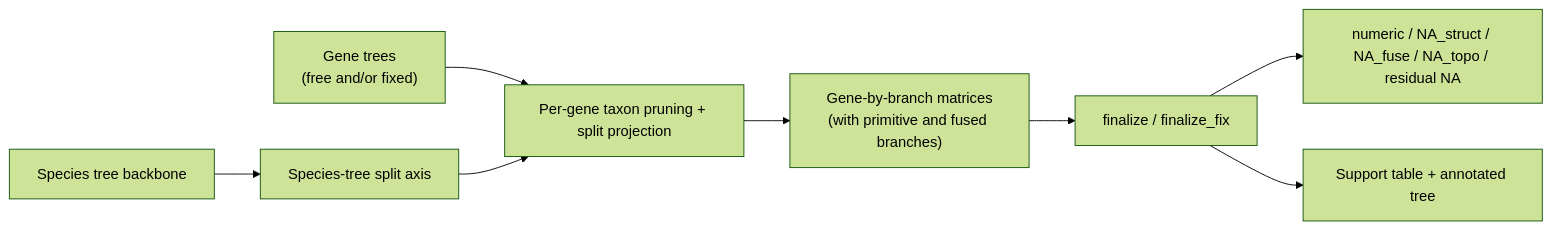
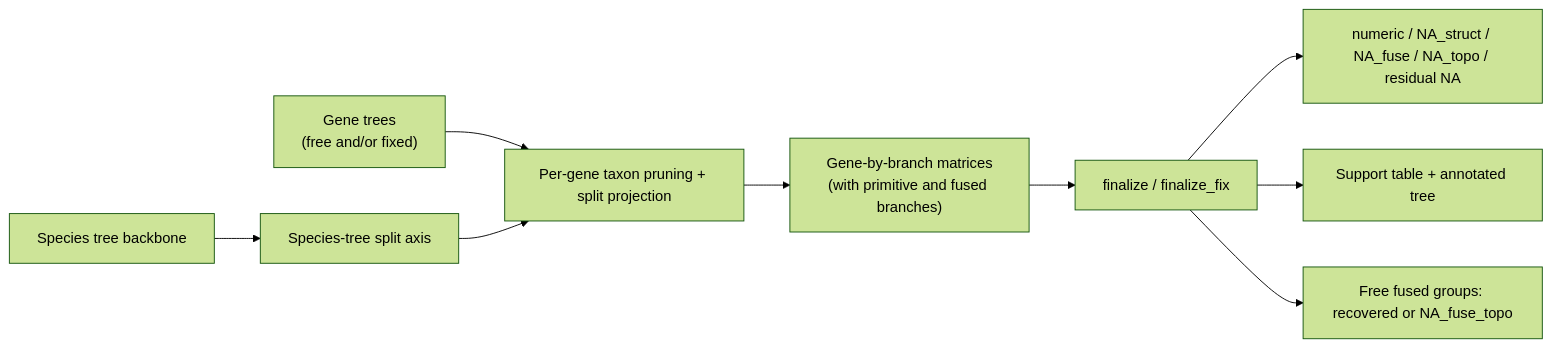
One commit to wujiaqi06/SplitAligner changed the diagram in README.md. Above: the diagram before and after it, drawn with Mermaid (forest theme). The commit also changed other lines of this file and 3 other files, not shown here.

````diff
--- a/README.md
+++ b/README.md
@@ -148,10 +161,11 @@
 ```mermaid
 flowchart LR
     A["Species tree backbone"] --> B["Species-tree split axis"]
     C["Gene trees<br/>(free and/or fixed)"] --> D["Per-gene taxon pruning + split projection"]
     B --> D
     D --> E["Gene-by-branch matrices<br/>(with primitive and fused branches)"]
     E --> F["finalize / finalize_fix"]
     F --> G["numeric / NA_struct / NA_fuse / NA_topo / residual NA"]
     F --> H["Support table + annotated tree"]
+    F --> I["Free fused groups: recovered or NA_fuse_topo"]
 ```
````
